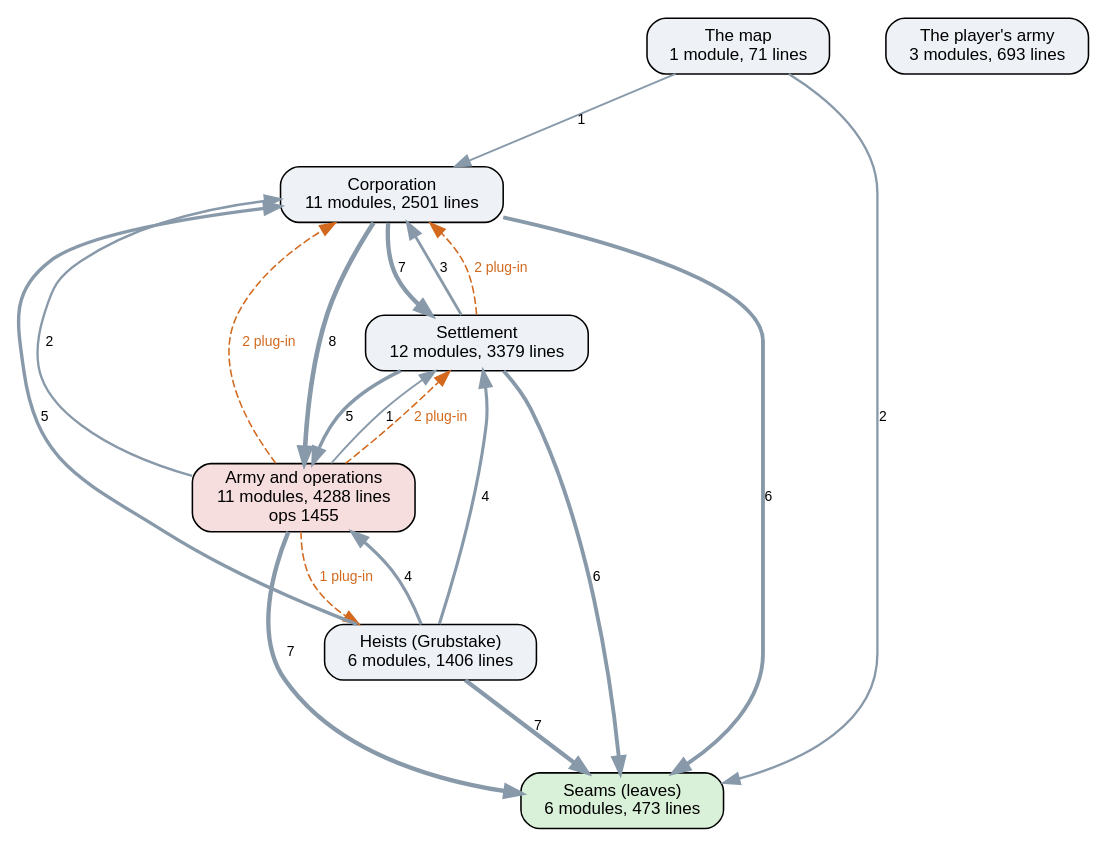
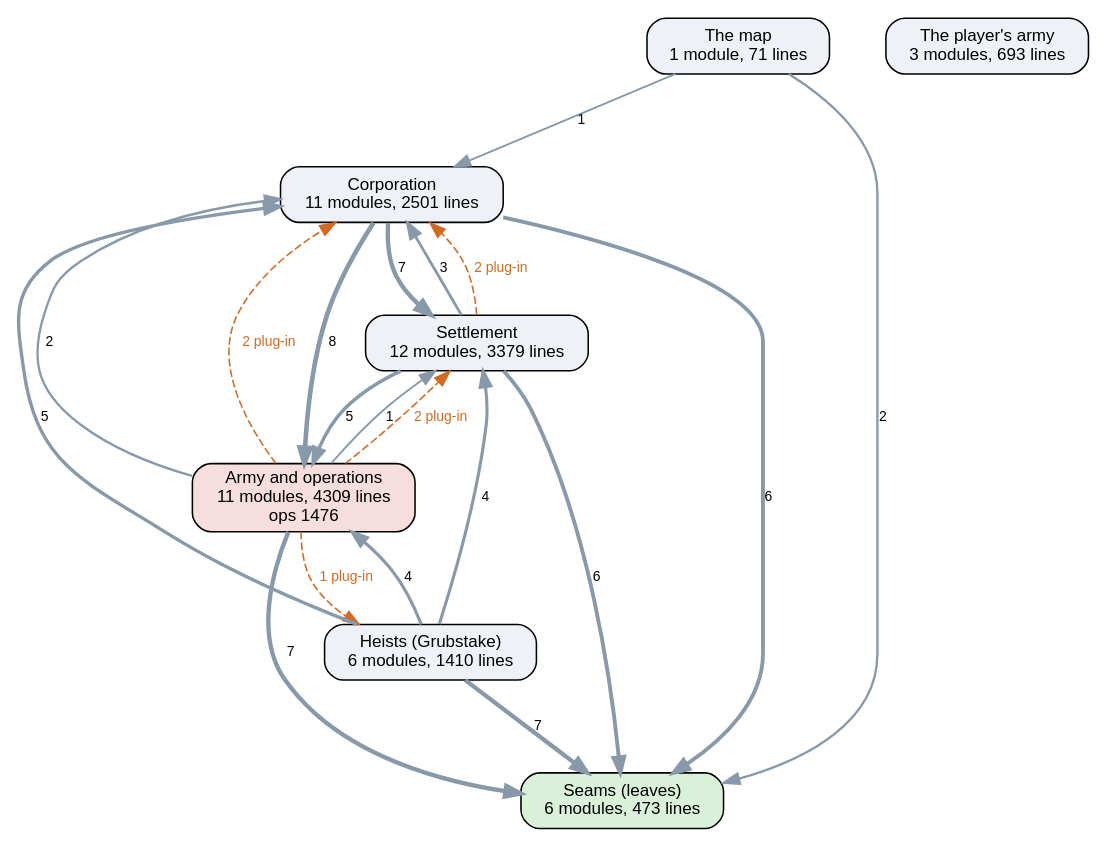
The diagram in docs/ai-layers.dot (kinelhu/landing-party), drawn with Graphviz before and after one commit. The commit also changed 10 other files, not shown here.

```diff
--- a/docs/ai-layers.dot
+++ b/docs/ai-layers.dot
@@ -1,31 +1,31 @@
 digraph layers {
   graph [rankdir=TB, fontname="Helvetica", nodesep=0.5, ranksep=0.7];
   node [shape=box, style="rounded,filled", fontname="Helvetica", fontsize=11, fillcolor="#eef2f7"];
   edge [color="#8899aa", fontname="Helvetica", fontsize=9];
   "Seams (leaves)" [label="Seams (leaves)\n6 modules, 473 lines", fillcolor="#d9f0d9"];
   "Corporation" [label="Corporation\n11 modules, 2501 lines", fillcolor="#eef2f7"];
   "Settlement" [label="Settlement\n12 modules, 3379 lines", fillcolor="#eef2f7"];
-  "Army and operations" [label="Army and operations\n11 modules, 4288 lines\nops 1455", fillcolor="#f7dede"];
-  "Heists (Grubstake)" [label="Heists (Grubstake)\n6 modules, 1406 lines", fillcolor="#eef2f7"];
+  "Army and operations" [label="Army and operations\n11 modules, 4309 lines\nops 1476", fillcolor="#f7dede"];
+  "Heists (Grubstake)" [label="Heists (Grubstake)\n6 modules, 1410 lines", fillcolor="#eef2f7"];
   "The map" [label="The map\n1 module, 71 lines", fillcolor="#eef2f7"];
   "The player's army" [label="The player's army\n3 modules, 693 lines", fillcolor="#eef2f7"];
   "Army and operations" -> "Corporation" [label="2", penwidth=1.5];
   "Army and operations" -> "Seams (leaves)" [label="7", penwidth=2.8];
   "Army and operations" -> "Settlement" [label="1", penwidth=1.2];
   "Corporation" -> "Army and operations" [label="8", penwidth=3.0];
   "Corporation" -> "Seams (leaves)" [label="6", penwidth=2.5];
   "Corporation" -> "Settlement" [label="7", penwidth=2.8];
   "Heists (Grubstake)" -> "Army and operations" [label="4", penwidth=2.0];
   "Heists (Grubstake)" -> "Corporation" [label="5", penwidth=2.2];
   "Heists (Grubstake)" -> "Seams (leaves)" [label="7", penwidth=2.8];
   "Heists (Grubstake)" -> "Settlement" [label="4", penwidth=2.0];
   "Settlement" -> "Army and operations" [label="5", penwidth=2.2];
   "Settlement" -> "Corporation" [label="3", penwidth=1.8];
   "Settlement" -> "Seams (leaves)" [label="6", penwidth=2.5];
   "The map" -> "Corporation" [label="1", penwidth=1.2];
   "The map" -> "Seams (leaves)" [label="2", penwidth=1.5];
   "Army and operations" -> "Corporation" [style=dashed, color="#d2691e", fontcolor="#d2691e", label="2 plug-in"];
   "Army and operations" -> "Heists (Grubstake)" [style=dashed, color="#d2691e", fontcolor="#d2691e", label="1 plug-in"];
   "Army and operations" -> "Settlement" [style=dashed, color="#d2691e", fontcolor="#d2691e", label="2 plug-in"];
   "Settlement" -> "Corporation" [style=dashed, color="#d2691e", fontcolor="#d2691e", label="2 plug-in"];
 }
```
